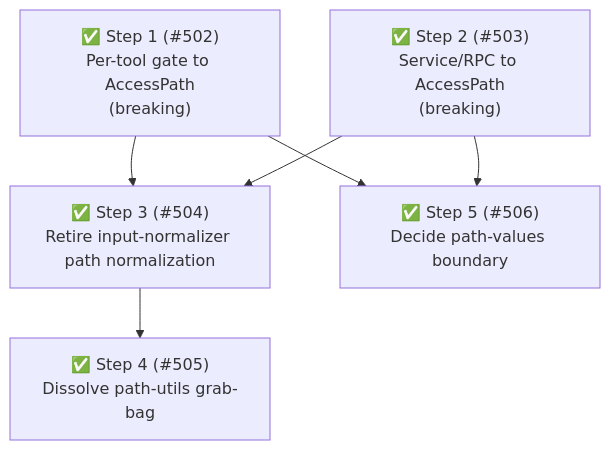
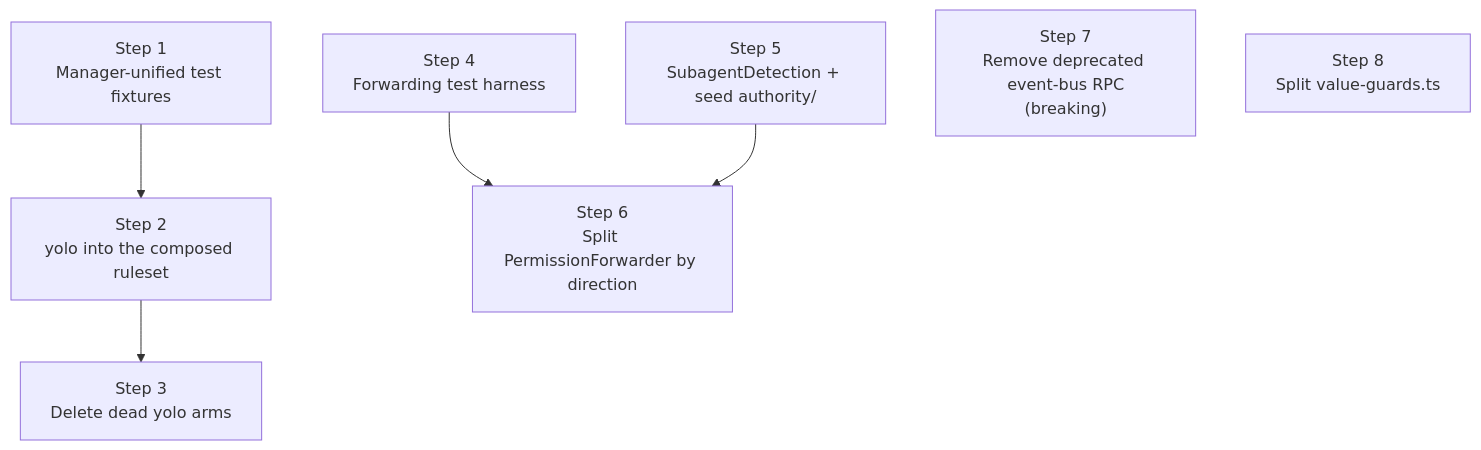
Before and after one commit to whaoa/forked-gotgenes-pi-packages: the fourth of 4 diagrams in packages/pi-permission-system/docs/architecture/architecture.md, drawn with Mermaid. The commit also changed other lines of this file and 1 other file, not shown here.

First line of the commit message:
docs(pi-permission-system): propose Phase 8 improvement roadmap

````diff
--- a/packages/pi-permission-system/docs/architecture/architecture.md
+++ b/packages/pi-permission-system/docs/architecture/architecture.md
@@ -880,14 +906,16 @@
 ```mermaid
 flowchart TD
-    S1["✅ Step 1 (#502)<br/>Per-tool gate to AccessPath<br/>(breaking)"]
-    S2["✅ Step 2 (#503)<br/>Service/RPC to AccessPath<br/>(breaking)"]
-    S3["✅ Step 3 (#504)<br/>Retire input-normalizer path normalization"]
-    S4["✅ Step 4 (#505)<br/>Dissolve path-utils grab-bag"]
-    S5["✅ Step 5 (#506)<br/>Decide path-values boundary"]
+    S1["Step 1<br/>Manager-unified test fixtures"]
+    S2["Step 2<br/>yolo into the composed ruleset"]
+    S3["Step 3<br/>Delete dead yolo arms"]
+    S4["Step 4<br/>Forwarding test harness"]
+    S5["Step 5<br/>SubagentDetection + seed authority/"]
+    S6["Step 6<br/>Split PermissionForwarder by direction"]
+    S7["Step 7<br/>Remove deprecated event-bus RPC<br/>(breaking)"]
+    S8["Step 8<br/>Split value-guards.ts"]
 
-    S1 --> S3
+    S1 --> S2
     S2 --> S3
-    S3 --> S4
-    S1 --> S5
-    S2 --> S5
+    S4 --> S6
+    S5 --> S6
 ```
````
